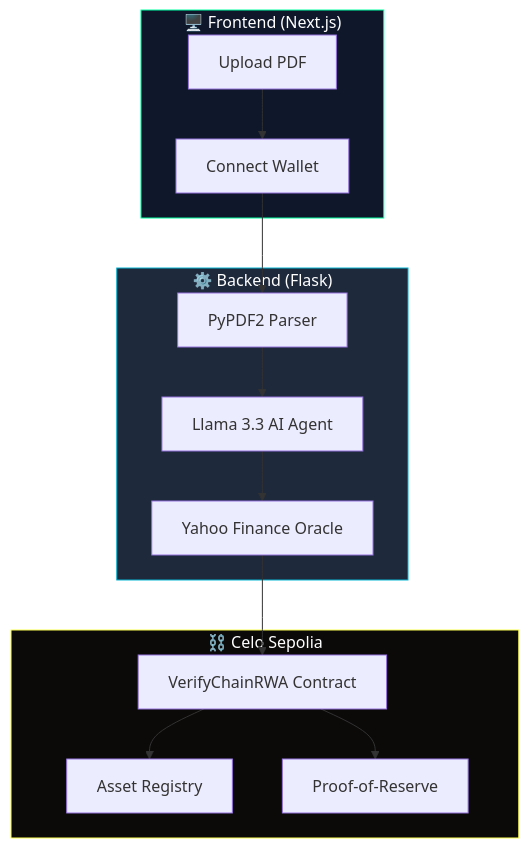
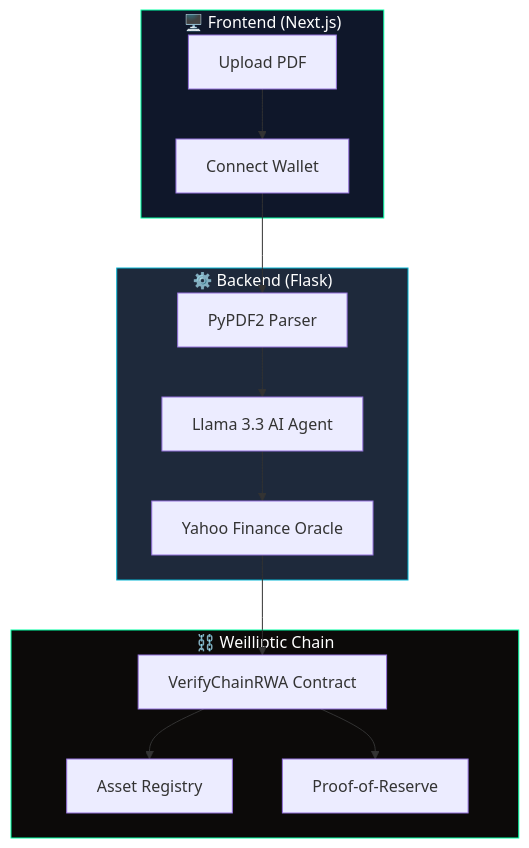
Before and after one commit to SoumyaEXE/verifychain-rwa: the first of 5 diagrams in README.md, drawn with Mermaid. The commit also changed other lines of this file and 13 other files, not shown here.

````diff
--- a/README.md
+++ b/README.md
@@ -68,26 +68,26 @@
 ```mermaid
 flowchart TB
     subgraph Frontend["🖥️ Frontend (Next.js)"]
         A[Upload PDF] --> B[Connect Wallet]
     end
     
     subgraph Backend["⚙️ Backend (Flask)"]
         C[PyPDF2 Parser] --> D[Llama 3.3 AI Agent]
         D --> E[Yahoo Finance Oracle]
     end
     
-    subgraph Blockchain["⛓️ Celo Sepolia"]
+    subgraph Blockchain["⛓️ Weilliptic Chain"]
         F[VerifyChainRWA Contract]
         G[Asset Registry]
         H[Proof-of-Reserve]
     end
     
     B --> C
     E --> F
     F --> G
     F --> H
     
     style Frontend fill:#0f172a,stroke:#00FFA3,color:#fff
     style Backend fill:#1e293b,stroke:#06b6d4,color:#fff
-    style Blockchain fill:#0c0a09,stroke:#FCFF52,color:#fff
+    style Blockchain fill:#0c0a09,stroke:#00FFA3,color:#fff
 ```
````
